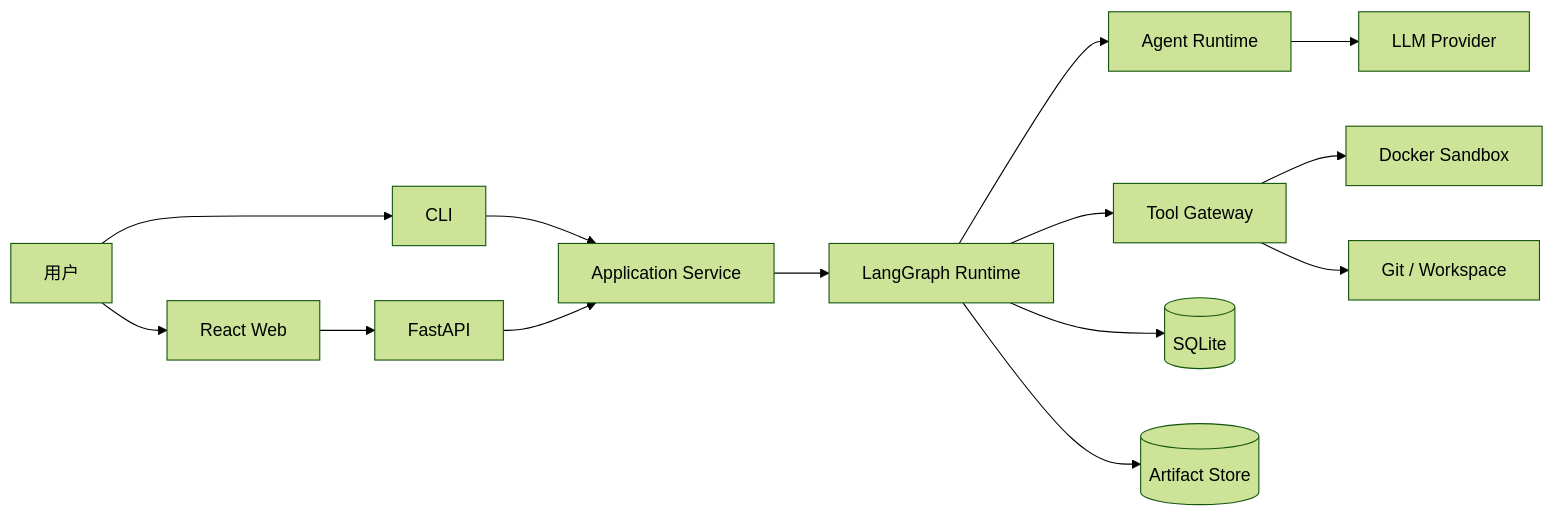
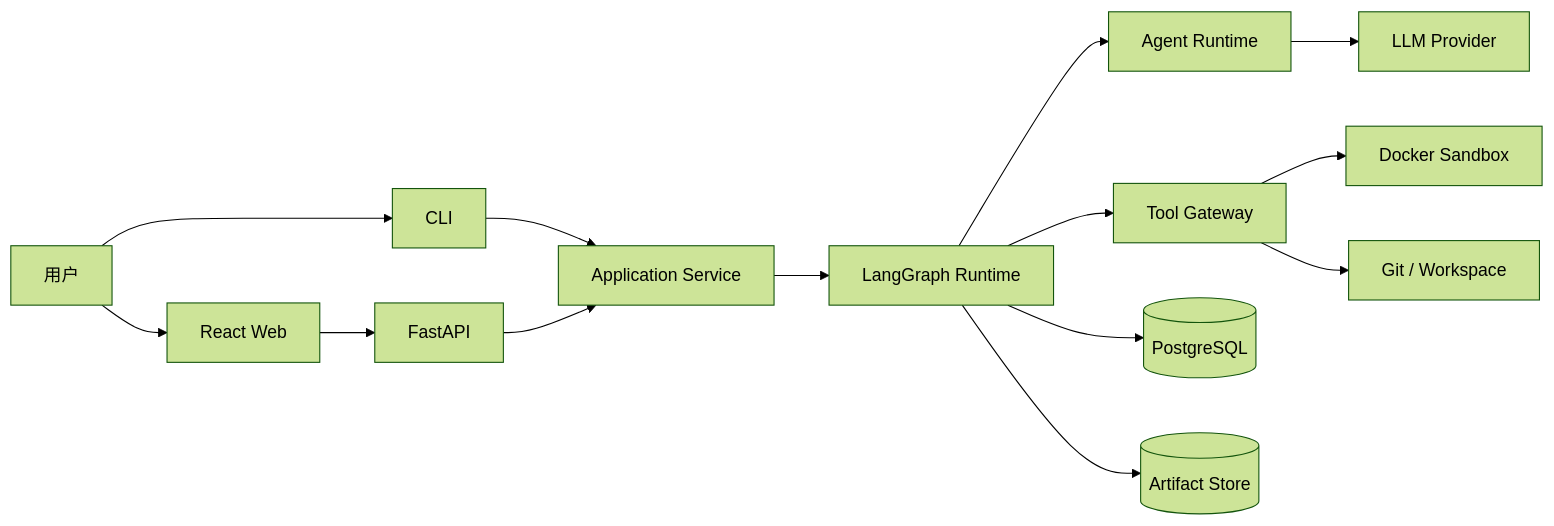
Before and after one commit to chengyu798/EvoDev: the first of 3 diagrams in docs/02-系统架构设计.md, drawn with Mermaid (forest theme). The commit also changed other lines of this file and 39 other files, not shown here.

````diff
--- a/docs/02-系统架构设计.md
+++ b/docs/02-系统架构设计.md
@@ -75,16 +75,16 @@
 ```mermaid
 flowchart LR
     User[用户] --> Web[React Web]
     User --> CLI[CLI]
     Web --> API[FastAPI]
     CLI --> App[Application Service]
     API --> App
     App --> Graph[LangGraph Runtime]
     Graph --> Agents[Agent Runtime]
     Graph --> Tools[Tool Gateway]
     Agents --> LLM[LLM Provider]
     Tools --> Sandbox[Docker Sandbox]
     Tools --> Git[Git / Workspace]
-    Graph --> DB[(SQLite)]
+    Graph --> DB[(PostgreSQL)]
     Graph --> Artifacts[(Artifact Store)]
 ```
````
